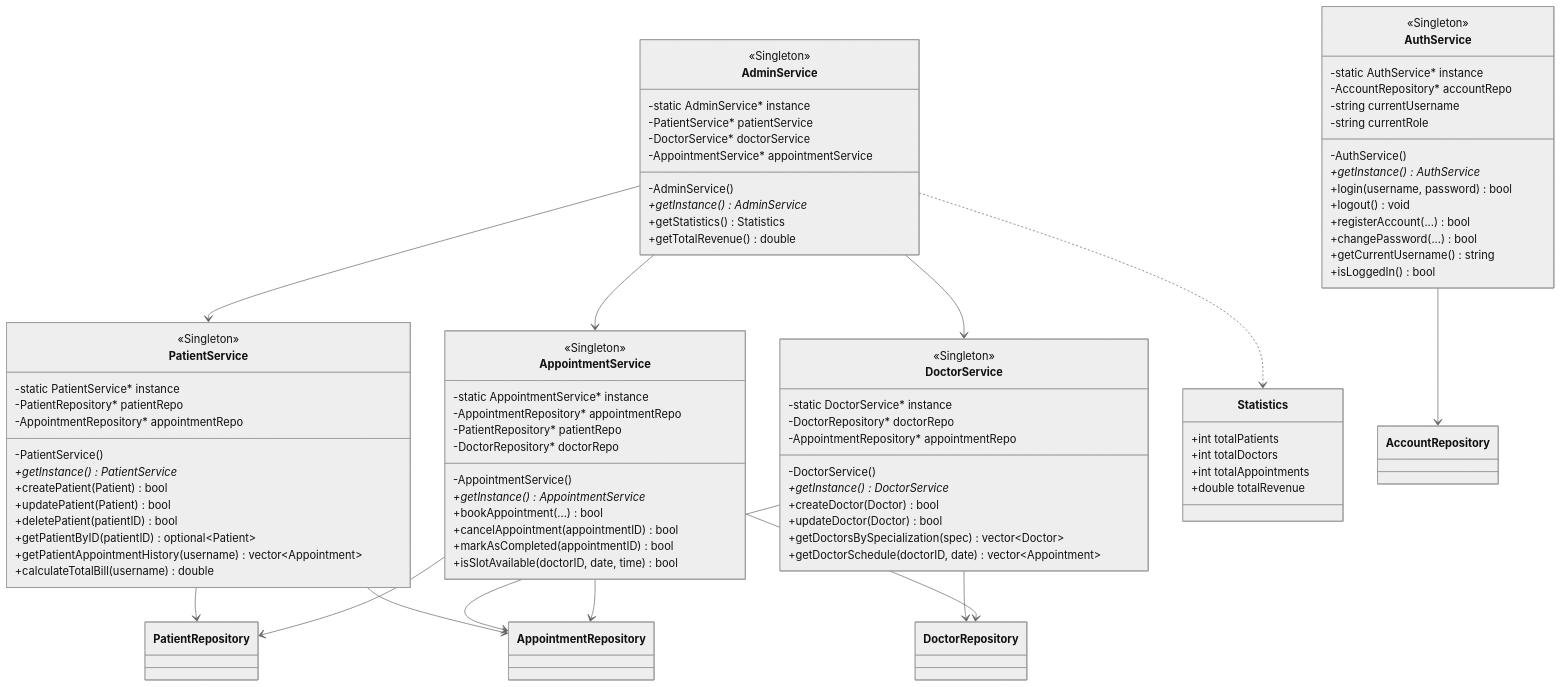
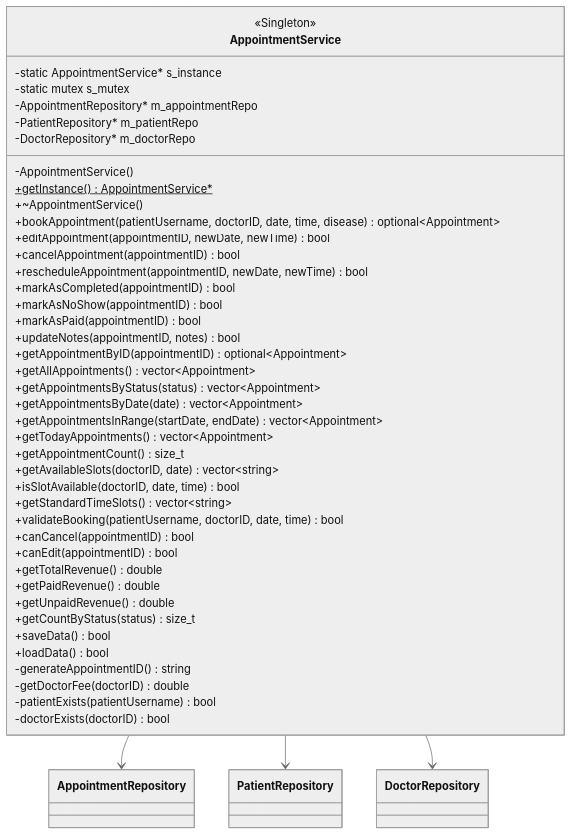
Before and after one commit to Zed-28-01/Hospital_Management_Project: diagram 18 of 23 in docs/diagrams/architecture-detailed.md, drawn with Mermaid (neutral theme). The commit also changed other lines of this file and 2 other files, not shown here.

````diff
--- a/docs/diagrams/architecture-detailed.md
+++ b/docs/diagrams/architecture-detailed.md
@@ -311,92 +697,49 @@
 ```mermaid
 classDiagram
-    class AuthService {
+    class AppointmentService {
         <<Singleton>>
-        -static AuthService* instance
-        -AccountRepository* accountRepo
-        -string currentUsername
-        -string currentRole
-        -AuthService()
-        +getInstance() AuthService*
-        +login(username, password) bool
-        +logout() void
-        +registerAccount(...) bool
-        +changePassword(...) bool
-        +getCurrentUsername() string
-        +isLoggedIn() bool
+        -static AppointmentService* s_instance
+        -static mutex s_mutex
+        -AppointmentRepository* m_appointmentRepo
+        -PatientRepository* m_patientRepo
+        -DoctorRepository* m_doctorRepo
+        -AppointmentService()
+        +getInstance()$ AppointmentService*
+        +~AppointmentService()
+        +bookAppointment(patientUsername, doctorID, date, time, disease) optional~Appointment~
+        +editAppointment(appointmentID, newDate, newTime) bool
+        +cancelAppointment(appointmentID) bool
+        +rescheduleAppointment(appointmentID, newDate, newTime) bool
+        +markAsCompleted(appointmentID) bool
+        +markAsNoShow(appointmentID) bool
+        +markAsPaid(appointmentID) bool
+        +updateNotes(appointmentID, notes) bool
+        +getAppointmentByID(appointmentID) optional~Appointment~
+        +getAllAppointments() vector~Appointment~
+        +getAppointmentsByStatus(status) vector~Appointment~
+        +getAppointmentsByDate(date) vector~Appointment~
+        +getAppointmentsInRange(startDate, endDate) vector~Appointment~
+        +getTodayAppointments() vector~Appointment~
+        +getAppointmentCount() size_t
+        +getAvailableSlots(doctorID, date) vector~string~
+        +isSlotAvailable(doctorID, date, time) bool
+        +getStandardTimeSlots() vector~string~
+        +validateBooking(patientUsername, doctorID, date, time) bool
+        +canCancel(appointmentID) bool
+        +canEdit(appointmentID) bool
+        +getTotalRevenue() double
+        +getPaidRevenue() double
+        +getUnpaidRevenue() double
+        +getCountByStatus(status) size_t
+        +saveData() bool
+        +loadData() bool
+        -generateAppointmentID() string
+        -getDoctorFee(doctorID) double
+        -patientExists(patientUsername) bool
+        -doctorExists(doctorID) bool
     }
 
-    class PatientService {
-        <<Singleton>>
-        -static PatientService* instance
-        -PatientRepository* patientRepo
-        -AppointmentRepository* appointmentRepo
-        -PatientService()
-        +getInstance() PatientService*
-        +createPatient(Patient) bool
-        +updatePatient(Patient) bool
-        +deletePatient(patientID) bool
-        +getPatientByID(patientID) optional~Patient~
-        +getPatientAppointmentHistory(username) vector~Appointment~
-        +calculateTotalBill(username) double
-    }
-
-    class DoctorService {
-        <<Singleton>>
-        -static DoctorService* instance
-        -DoctorRepository* doctorRepo
-        -AppointmentRepository* appointmentRepo
-        -DoctorService()
-        +getInstance() DoctorService*
-        +createDoctor(Doctor) bool
-        +updateDoctor(Doctor) bool
-        +getDoctorsBySpecialization(spec) vector~Doctor~
-        +getDoctorSchedule(doctorID, date) vector~Appointment~
-    }
-
-    class AppointmentService {
-        <<Singleton>>
-        -static AppointmentService* instance
-        -AppointmentRepository* appointmentRepo
-        -PatientRepository* patientRepo
-        -DoctorRepository* doctorRepo
-        -AppointmentService()
-        +getInstance() AppointmentService*
-        +bookAppointment(...) bool
-        +cancelAppointment(appointmentID) bool
-        +markAsCompleted(appointmentID) bool
-        +isSlotAvailable(doctorID, date, time) bool
-    }
-
-    class AdminService {
-        <<Singleton>>
-        -static AdminService* instance
-        -PatientService* patientService
-        -DoctorService* doctorService
-        -AppointmentService* appointmentService
-        -AdminService()
-        +getInstance() AdminService*
-        +getStatistics() Statistics
-        +getTotalRevenue() double
-    }
-
-    class Statistics {
-        +int totalPatients
-        +int totalDoctors
-        +int totalAppointments
-        +double totalRevenue
-    }
-
-    AuthService --> AccountRepository
-    PatientService --> PatientRepository
-    PatientService --> AppointmentRepository
-    DoctorService --> DoctorRepository
-    DoctorService --> AppointmentRepository
     AppointmentService --> AppointmentRepository
     AppointmentService --> PatientRepository
     AppointmentService --> DoctorRepository
-    AdminService --> PatientService
-    AdminService --> DoctorService
-    AdminService --> AppointmentService
-    AdminService ..> Statistics
 ```
````
